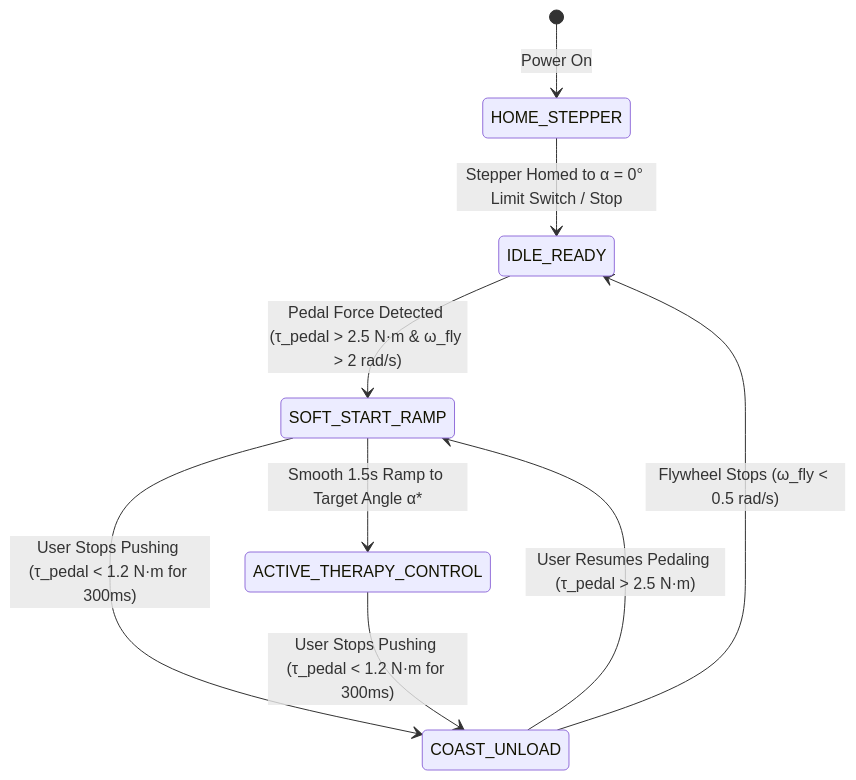
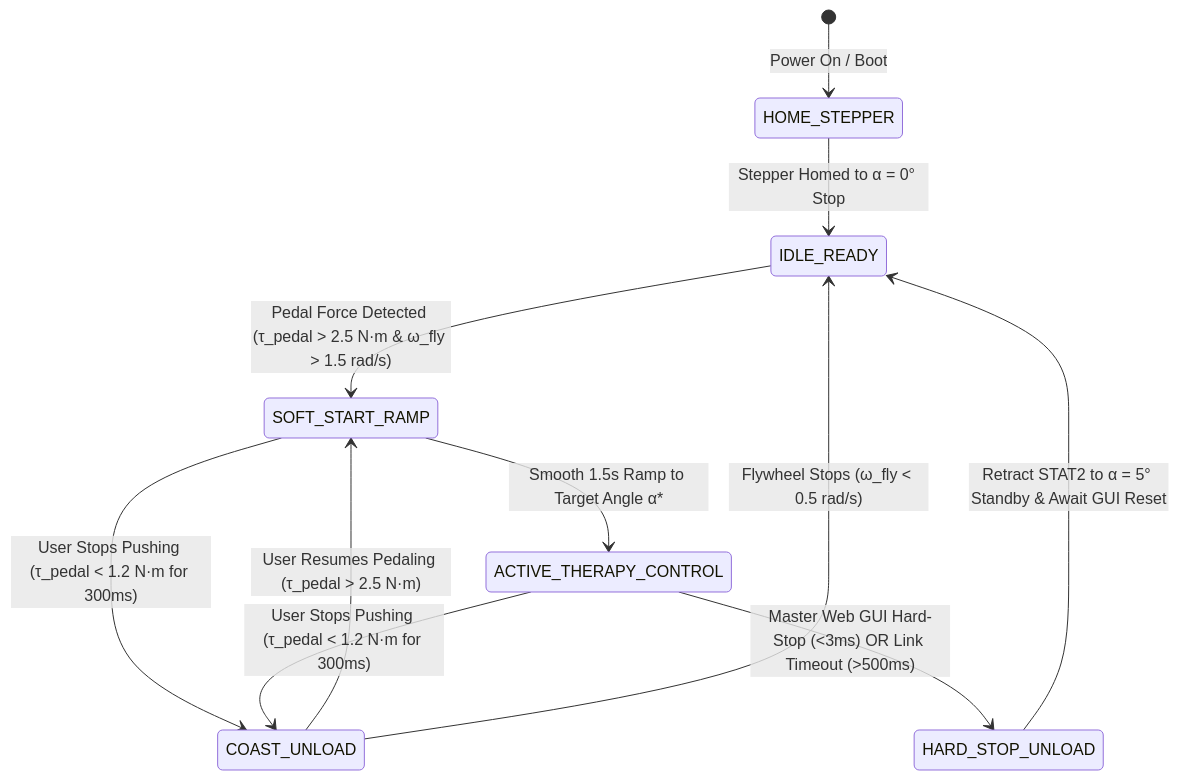
The second of 2 diagrams in README_CYCLING_EDDY_BRAKE.md (Kanishk-Goel-19/DP_DULLA), drawn with Mermaid before and after one commit. The commit also changed other lines of this file and 27 other files, not shown here.

````diff
--- a/README_CYCLING_EDDY_BRAKE.md
+++ b/README_CYCLING_EDDY_BRAKE.md
@@ -259,15 +288,18 @@
 ```mermaid
 stateDiagram-v2
-    [*] --> HOME_STEPPER : Power On
-    HOME_STEPPER --> IDLE_READY : Stepper Homed to α = 0° Limit Switch / Stop
+    [*] --> HOME_STEPPER : Power On / Boot
+    HOME_STEPPER --> IDLE_READY : Stepper Homed to α = 0° Stop
     
-    IDLE_READY --> SOFT_START_RAMP : Pedal Force Detected (τ_pedal > 2.5 N·m & ω_fly > 2 rad/s)
+    IDLE_READY --> SOFT_START_RAMP : Pedal Force Detected (τ_pedal > 2.5 N·m & ω_fly > 1.5 rad/s)
     
     SOFT_START_RAMP --> ACTIVE_THERAPY_CONTROL : Smooth 1.5s Ramp to Target Angle α*
     SOFT_START_RAMP --> COAST_UNLOAD : User Stops Pushing (τ_pedal < 1.2 N·m for 300ms)
     
     ACTIVE_THERAPY_CONTROL --> COAST_UNLOAD : User Stops Pushing (τ_pedal < 1.2 N·m for 300ms)
+    ACTIVE_THERAPY_CONTROL --> HARD_STOP_UNLOAD : Master Web GUI Hard-Stop (<3ms) OR Link Timeout (>500ms)
     
     COAST_UNLOAD --> SOFT_START_RAMP : User Resumes Pedaling (τ_pedal > 2.5 N·m)
     COAST_UNLOAD --> IDLE_READY : Flywheel Stops (ω_fly < 0.5 rad/s)
+    
+    HARD_STOP_UNLOAD --> IDLE_READY : Retract STAT2 to α = 5° Standby & Await GUI Reset
 ```
````
